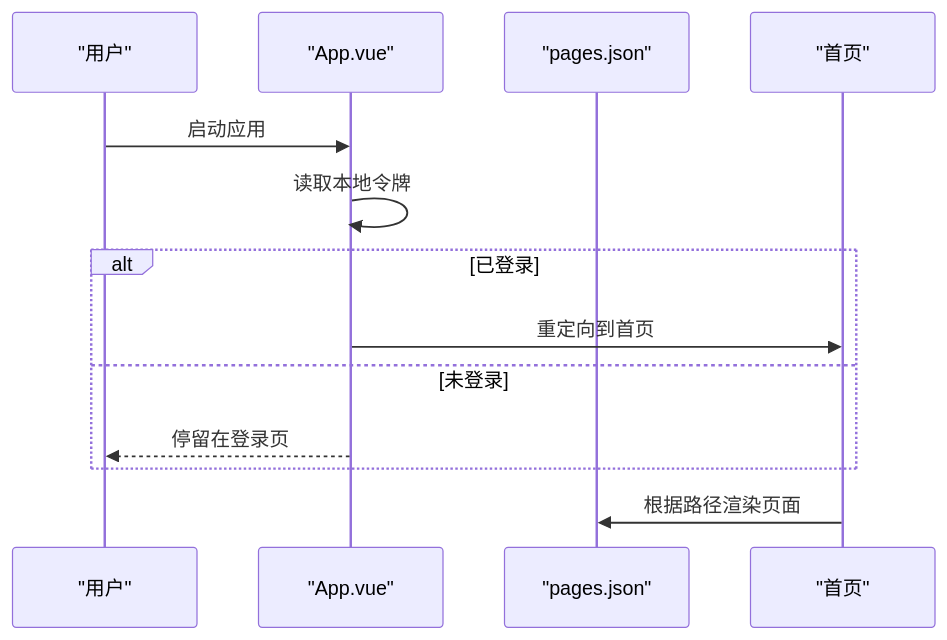
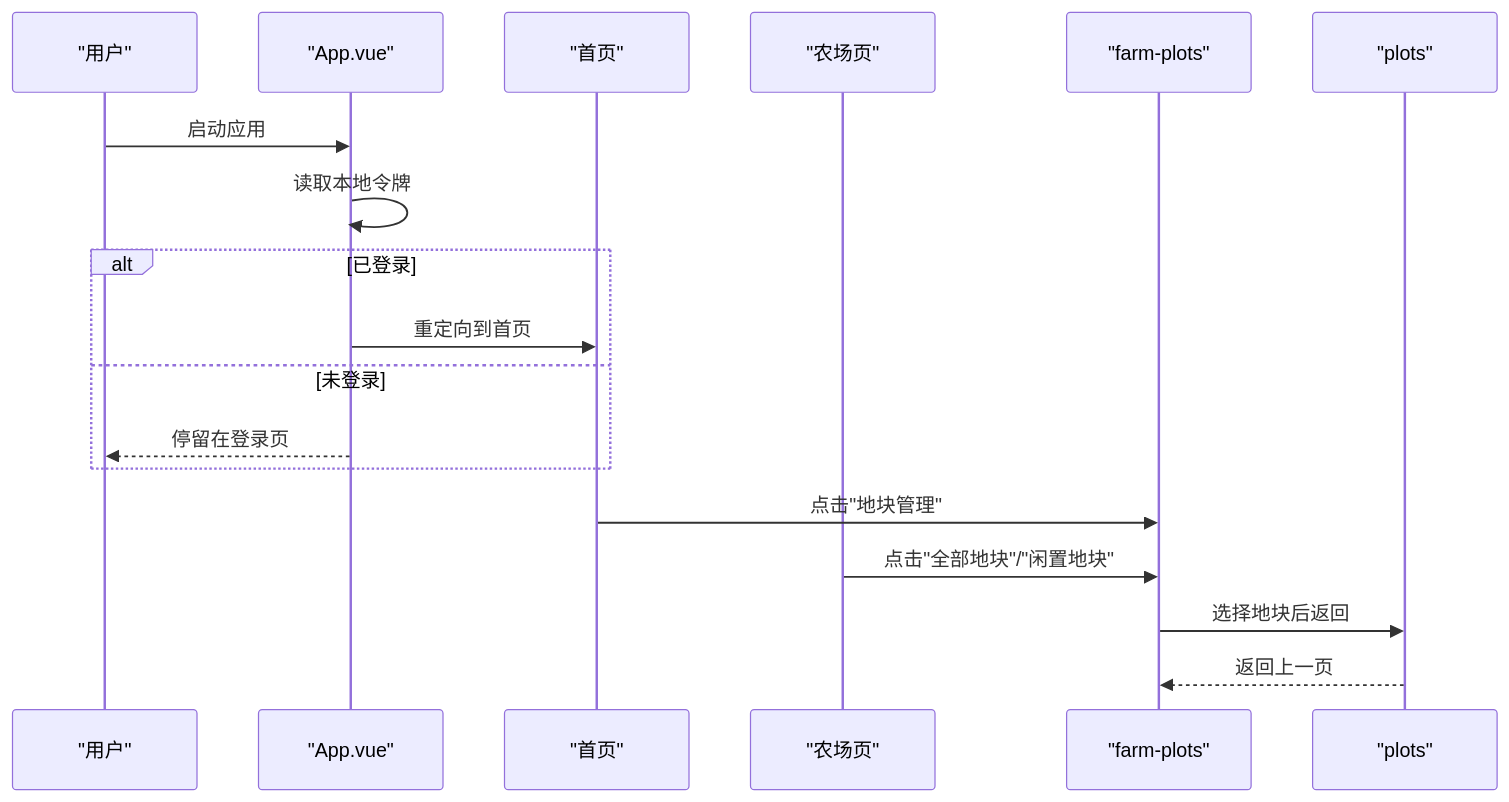
The third of 7 diagrams in .qoder/repowiki/zh/content/前端应用/应用架构设计.md (wungjyan/pocket-farm), drawn with Mermaid before and after one commit. The commit also changed other lines of this file and 198 other files, not shown here.

````diff
--- a/.qoder/repowiki/zh/content/前端应用/应用架构设计.md
+++ b/.qoder/repowiki/zh/content/前端应用/应用架构设计.md
@@ -140,15 +160,20 @@
 ```mermaid
 sequenceDiagram
 participant U as "用户"
 participant A as "App.vue"
-participant R as "pages.json"
 participant H as "首页"
+participant F as "农场页"
+participant FP as "farm-plots"
+participant P as "plots"
 U->>A : 启动应用
 A->>A : 读取本地令牌
 alt 已登录
 A->>H : 重定向到首页
 else 未登录
 A-->>U : 停留在登录页
 end
-H->>R : 根据路径渲染页面
+H->>FP : 点击"地块管理"
+F->>FP : 点击"全部地块"/"闲置地块"
+FP->>P : 选择地块后返回
+P-->>FP : 返回上一页
 ```
````
